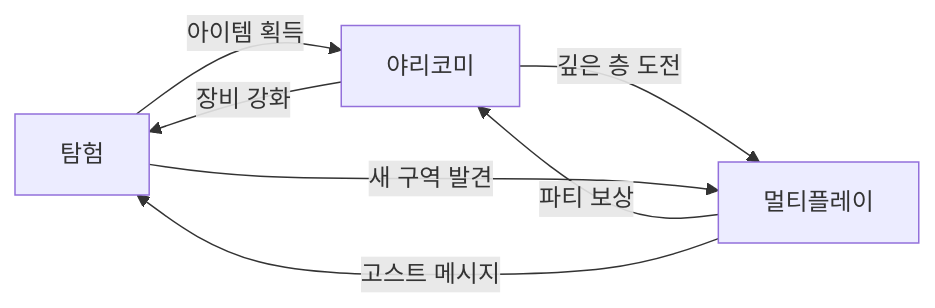
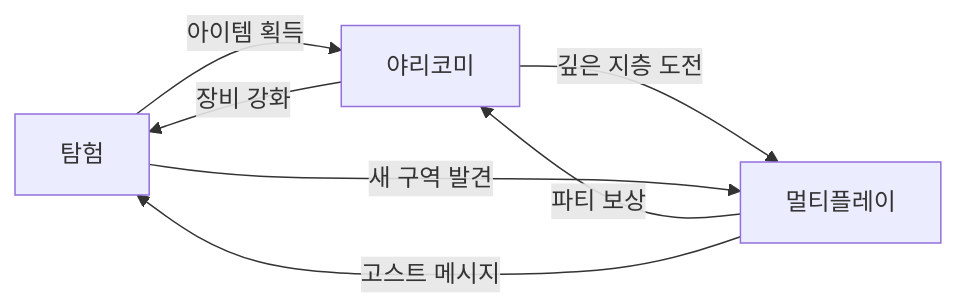
Before and after one commit to Biskraft/ProjectAbyss: the first of 2 diagrams in Documents/Terms/Project_Vision_Abyss.md, drawn with Mermaid. The commit also changed other lines of this file and 4 other files, not shown here.

First line of the commit message:
docs: rewrite Item World system to Memory Strata architecture

````diff
--- a/Documents/Terms/Project_Vision_Abyss.md
+++ b/Documents/Terms/Project_Vision_Abyss.md
@@ -71,9 +71,9 @@
 ```mermaid
 graph LR
     EXPLORE[탐험] -->|아이템 획득| YARIKOMI[야리코미]
     YARIKOMI -->|장비 강화| EXPLORE
-    YARIKOMI -->|깊은 층 도전| MULTI[멀티플레이]
+    YARIKOMI -->|깊은 지층 도전| MULTI[멀티플레이]
     MULTI -->|파티 보상| YARIKOMI
     EXPLORE -->|새 구역 발견| MULTI
     MULTI -->|고스트 메시지| EXPLORE
 ```
````
